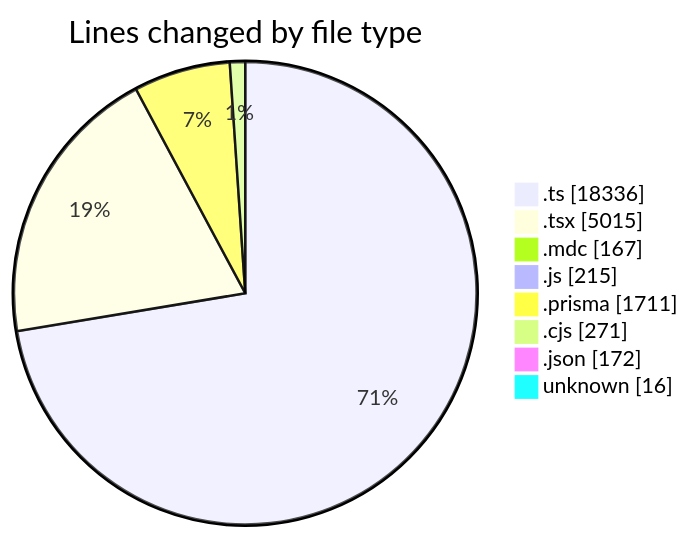
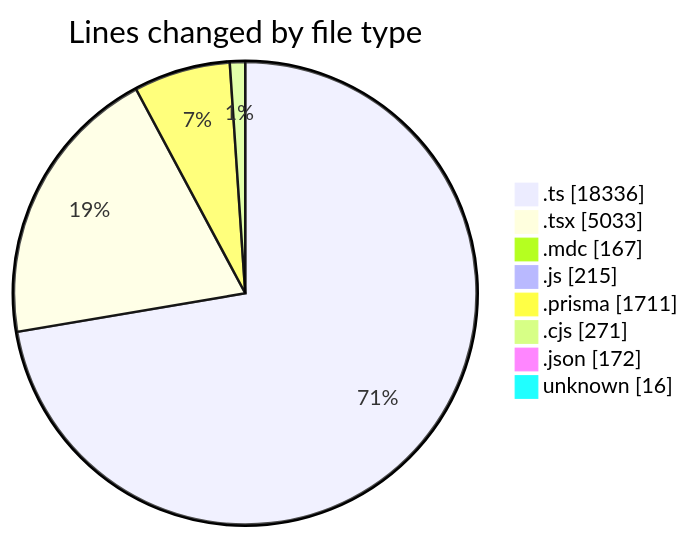
One commit to CELIANVF/code-tracking changed the first of 2 diagrams in 2025-06-06/ecodeli-1/README.md. Above: the diagram before and after it, drawn with Mermaid. The commit also changed other lines of this file and 1 other file, not shown here.

````diff
--- a/2025-06-06/ecodeli-1/README.md
+++ b/2025-06-06/ecodeli-1/README.md
@@ -93,12 +93,12 @@
 ```mermaid
 pie showData
 title Lines changed by file type
 ".ts" : 18336
-".tsx" : 5015
+".tsx" : 5033
 ".mdc" : 167
 ".js" : 215
 ".prisma" : 1711
 ".cjs" : 271
 ".json" : 172
 "unknown" : 16
 ```
````
